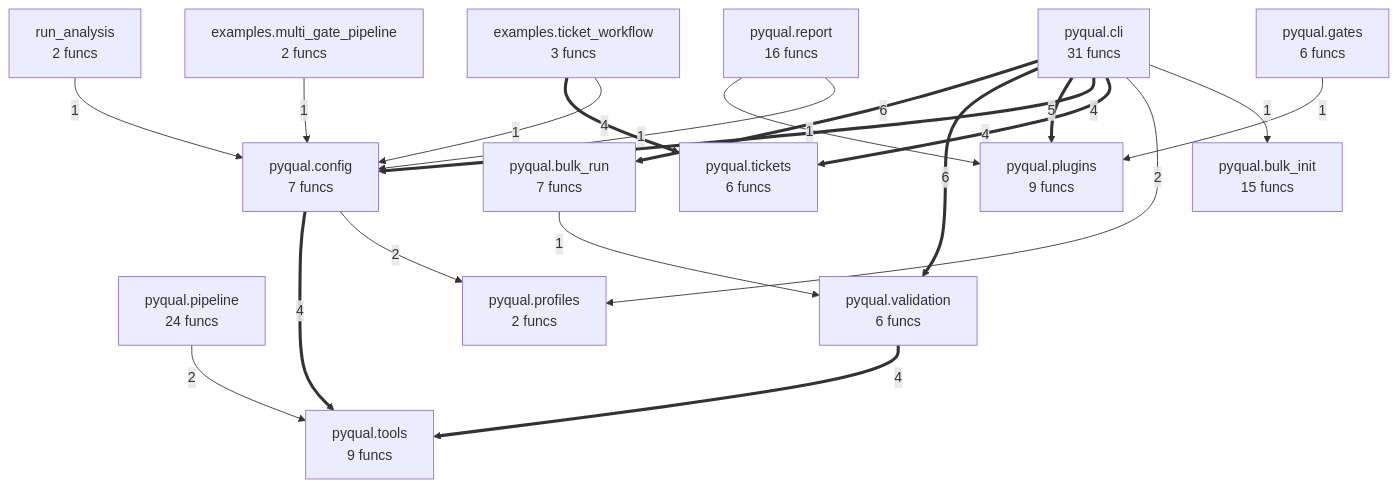
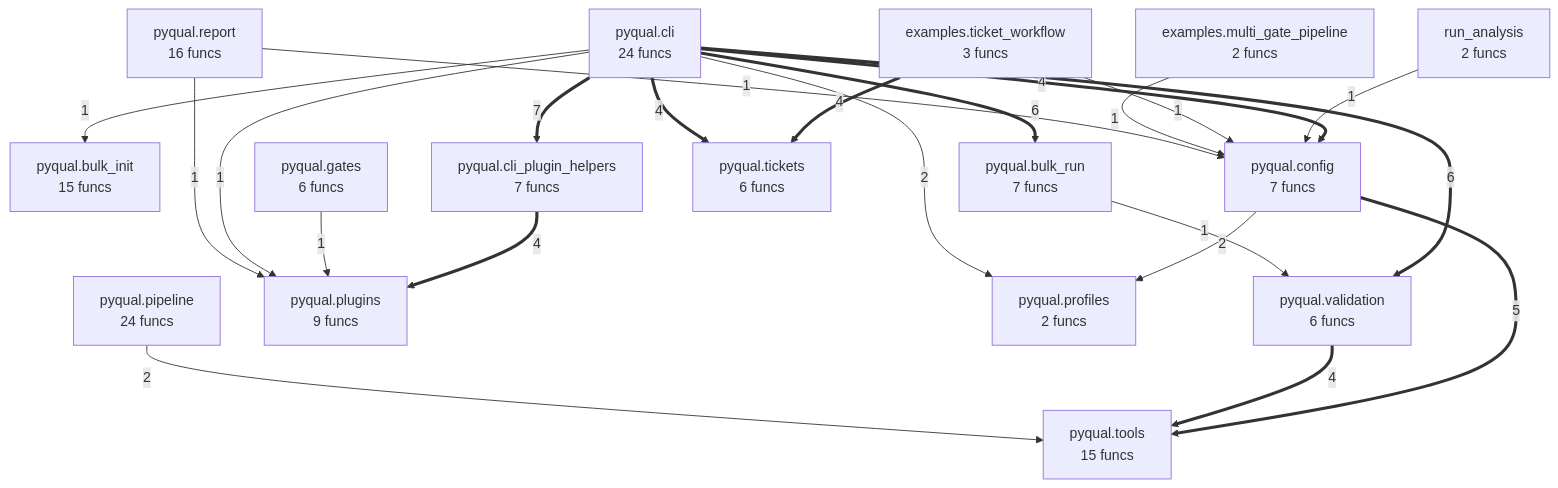
Before and after one commit to semcod/pyqual: the diagram in project/compact_flow.mmd, drawn with Mermaid. The commit also changed 33 other files, not shown here.

```diff
--- a/project/compact_flow.mmd
+++ b/project/compact_flow.mmd
@@ -1,35 +1,38 @@
 flowchart TD
     examples__multi_gate_pipeline["examples.multi_gate_pipeline<br/>2 funcs"]
     examples__ticket_workflow["examples.ticket_workflow<br/>3 funcs"]
     pyqual__bulk_init["pyqual.bulk_init<br/>15 funcs"]
     pyqual__bulk_run["pyqual.bulk_run<br/>7 funcs"]
-    pyqual__cli["pyqual.cli<br/>31 funcs"]
+    pyqual__cli["pyqual.cli<br/>24 funcs"]
+    pyqual__cli_plugin_helpers["pyqual.cli_plugin_helpers<br/>7 funcs"]
     pyqual__config["pyqual.config<br/>7 funcs"]
     pyqual__gates["pyqual.gates<br/>6 funcs"]
     pyqual__pipeline["pyqual.pipeline<br/>24 funcs"]
     pyqual__plugins["pyqual.plugins<br/>9 funcs"]
     pyqual__profiles["pyqual.profiles<br/>2 funcs"]
     pyqual__report["pyqual.report<br/>16 funcs"]
     pyqual__tickets["pyqual.tickets<br/>6 funcs"]
-    pyqual__tools["pyqual.tools<br/>9 funcs"]
+    pyqual__tools["pyqual.tools<br/>15 funcs"]
     pyqual__validation["pyqual.validation<br/>6 funcs"]
     run_analysis["run_analysis<br/>2 funcs"]
+    pyqual__cli ==>|7| pyqual__cli_plugin_helpers
     pyqual__cli ==>|6| pyqual__bulk_run
     pyqual__cli ==>|6| pyqual__validation
-    pyqual__cli ==>|5| pyqual__plugins
+    pyqual__config ==>|5| pyqual__tools
     examples__ticket_workflow ==>|4| pyqual__tickets
-    pyqual__config ==>|4| pyqual__tools
     pyqual__cli ==>|4| pyqual__config
     pyqual__cli ==>|4| pyqual__tickets
+    pyqual__cli_plugin_helpers ==>|4| pyqual__plugins
     pyqual__validation ==>|4| pyqual__tools
     pyqual__config -->|2| pyqual__profiles
     pyqual__cli -->|2| pyqual__profiles
     pyqual__pipeline -->|2| pyqual__tools
     run_analysis -->|1| pyqual__config
     examples__ticket_workflow -->|1| pyqual__config
     examples__multi_gate_pipeline -->|1| pyqual__config
     pyqual__gates -->|1| pyqual__plugins
     pyqual__cli -->|1| pyqual__bulk_init
-    pyqual__bulk_run -->|1| pyqual__validation
+    pyqual__cli -->|1| pyqual__plugins
     pyqual__report -->|1| pyqual__plugins
     pyqual__report -->|1| pyqual__config
+    pyqual__bulk_run -->|1| pyqual__validation
```
